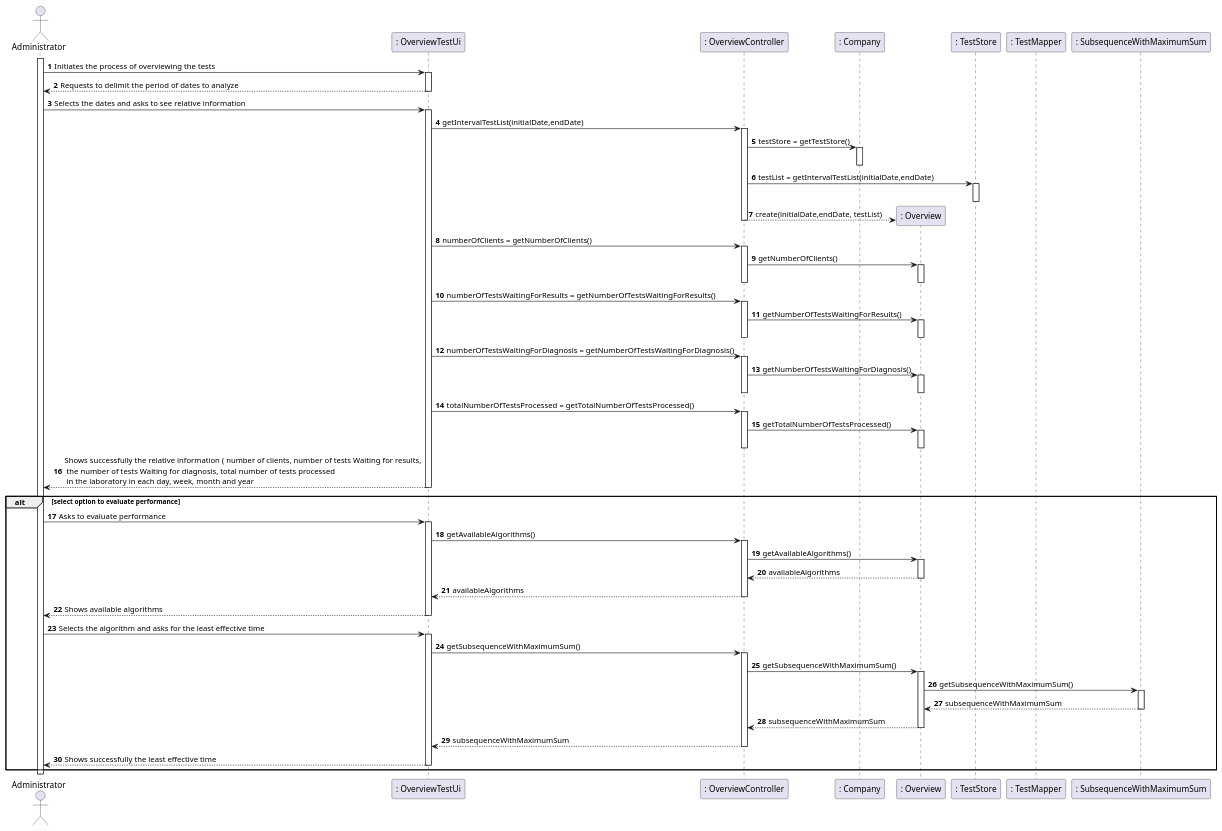
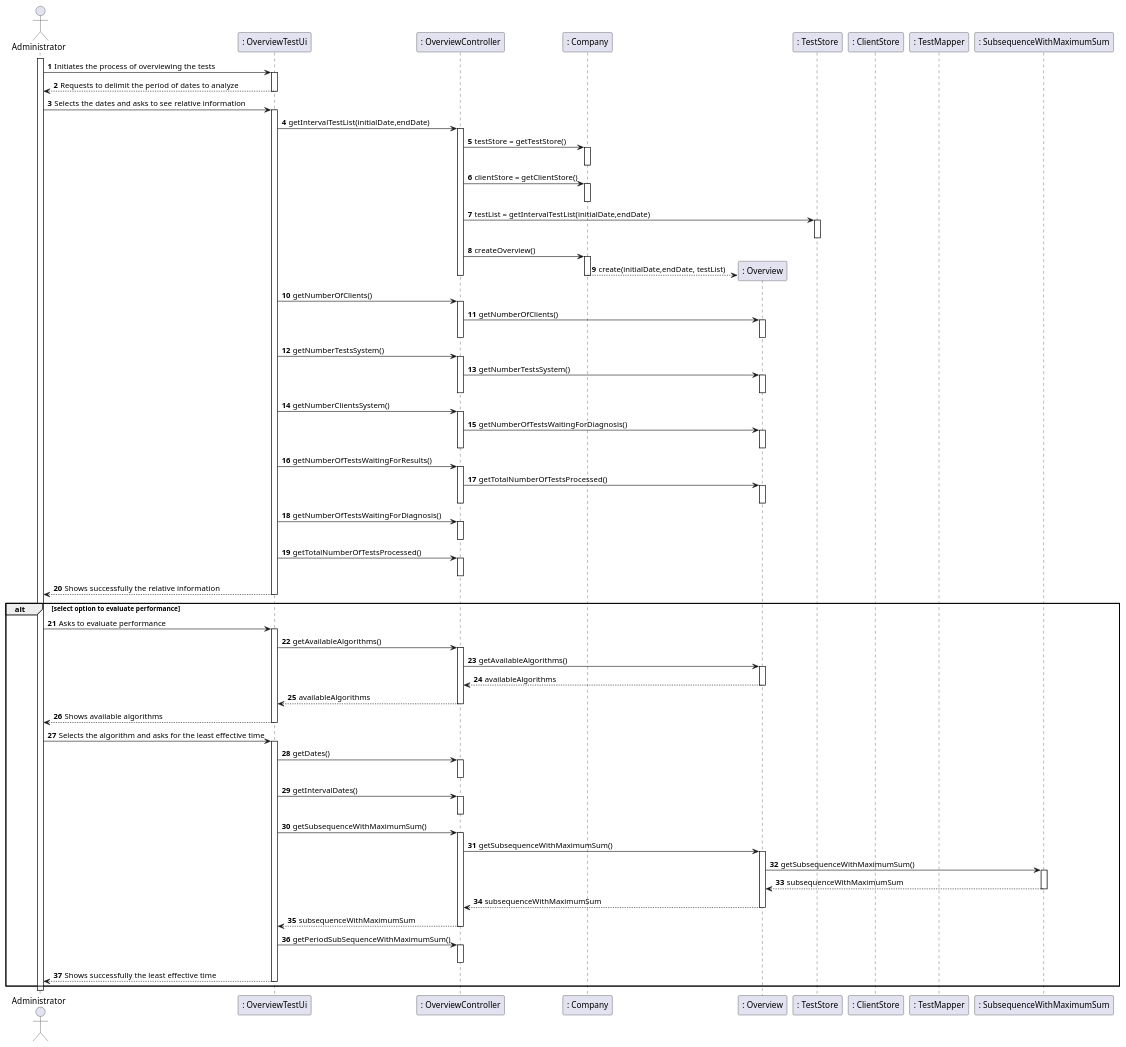
The diagram in docs/SprintD/US16/US16_SD.puml (manu-07-ela/LAPR2_ISEP), drawn with PlantUML before and after one commit. The commit also changed 10 other files, not shown here.

```diff
--- a/docs/SprintD/US16/US16_SD.puml
+++ b/docs/SprintD/US16/US16_SD.puml
@@ -1,98 +1,124 @@
 @startuml
 autonumber
 'hide footbox
 actor "Administrator" as ADMIN
 
 participant ": OverviewTestUi" as UI
 participant ": OverviewController" as CTRL
 participant ": Company" as COMP
 participant ": Overview" as OVERVIEW
 participant ": TestStore" as TS
+participant ": ClientStore" as CS
 participant ": TestMapper" as tMAPPER
 participant ": SubsequenceWithMaximumSum" as interface
 
 activate ADMIN
 ADMIN -> UI : Initiates the process of overviewing the tests
 activate UI
 UI --> ADMIN : Requests to delimit the period of dates to analyze
 deactivate UI
 
 ADMIN -> UI : Selects the dates and asks to see relative information
 activate UI
 UI -> CTRL : getIntervalTestList(initialDate,endDate)
 activate CTRL
 
 CTRL -> COMP : testStore = getTestStore()
 activate COMP
 deactivate COMP
+CTRL -> COMP : clientStore = getClientStore()
+activate COMP
+deactivate COMP
 CTRL -> TS : testList = getIntervalTestList(initialDate,endDate)
 activate TS
 deactivate TS
-CTRL --> OVERVIEW** : create(initialDate,endDate, testList)
+CTRL -> COMP : createOverview()
+activate COMP
+COMP --> OVERVIEW** : create(initialDate,endDate, testList)
+deactivate COMP
 deactivate CTRL
 
 deactivate CTRL
-UI -> CTRL : numberOfClients = getNumberOfClients()
+UI -> CTRL : getNumberOfClients()
 activate CTRL
 CTRL -> OVERVIEW : getNumberOfClients()
 activate OVERVIEW
 deactivate OVERVIEW
 deactivate CTRL
 
-UI -> CTRL : numberOfTestsWaitingForResults = getNumberOfTestsWaitingForResults()
+UI -> CTRL : getNumberTestsSystem()
 activate CTRL
-CTRL -> OVERVIEW : getNumberOfTestsWaitingForResults()
+CTRL -> OVERVIEW : getNumberTestsSystem()
 activate OVERVIEW
 deactivate OVERVIEW
 deactivate CTRL
 
-UI -> CTRL : numberOfTestsWaitingForDiagnosis = getNumberOfTestsWaitingForDiagnosis()
+UI -> CTRL : getNumberClientsSystem()
 activate CTRL
 CTRL -> OVERVIEW : getNumberOfTestsWaitingForDiagnosis()
 activate OVERVIEW
 deactivate OVERVIEW
 deactivate CTRL
 
-UI -> CTRL : totalNumberOfTestsProcessed = getTotalNumberOfTestsProcessed()
+UI -> CTRL : getNumberOfTestsWaitingForResults()
 activate CTRL
 CTRL -> OVERVIEW : getTotalNumberOfTestsProcessed()
 activate OVERVIEW
 deactivate OVERVIEW
 deactivate CTRL
 
-UI --> ADMIN : Shows successfully the relative information ( number of clients, number of tests Waiting for results,\n the number of tests Waiting for diagnosis, total number of tests processed \n in the laboratory in each day, week, month and year
+UI -> CTRL : getNumberOfTestsWaitingForDiagnosis()
+activate CTRL
+deactivate CTRL
+
+UI -> CTRL : getTotalNumberOfTestsProcessed()
+activate CTRL
+deactivate CTRL
+
+UI --> ADMIN : Shows successfully the relative information
 deactivate UI
 alt select option to evaluate performance
 ADMIN -> UI : Asks to evaluate performance
 activate UI
 UI -> CTRL : getAvailableAlgorithms()
 activate CTRL
 CTRL -> OVERVIEW : getAvailableAlgorithms()
 activate OVERVIEW
 OVERVIEW --> CTRL : availableAlgorithms
 deactivate OVERVIEW
 CTRL --> UI : availableAlgorithms
 deactivate CTRL
 UI --> ADMIN : Shows available algorithms
 deactivate UI
 
 ADMIN -> UI : Selects the algorithm and asks for the least effective time
 activate UI
+UI -> CTRL : getDates()
+activate CTRL
+deactivate CTRL
+UI -> CTRL : getIntervalDates()
+activate CTRL
+deactivate CTRL
 UI -> CTRL : getSubsequenceWithMaximumSum()
 activate CTRL
 CTRL -> OVERVIEW : getSubsequenceWithMaximumSum()
 activate OVERVIEW
 OVERVIEW -> interface : getSubsequenceWithMaximumSum()
 activate interface
 interface --> OVERVIEW : subsequenceWithMaximumSum
 deactivate interface
 OVERVIEW --> CTRL : subsequenceWithMaximumSum
 deactivate OVERVIEW
 CTRL --> UI : subsequenceWithMaximumSum
 deactivate CTRL
+
+UI -> CTRL : getPeriodSubSequenceWithMaximumSum()
+activate CTRL
+deactivate CTRL
+
 UI --> ADMIN : Shows successfully the least effective time
 deactivate UI
 end
 deactivate ADMIN
 
 @enduml
```
